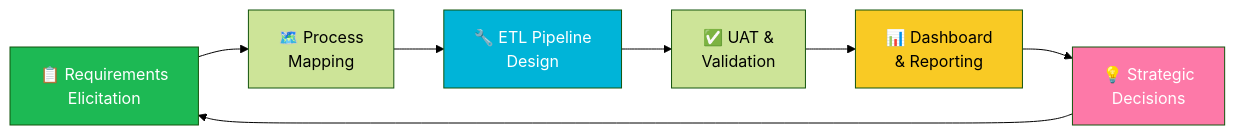
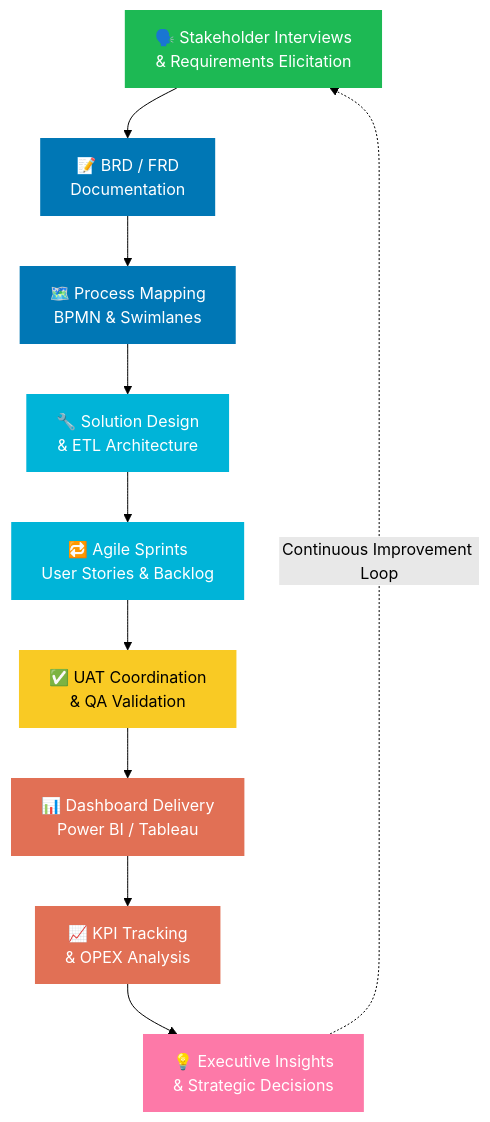
The diagram in README.md (IshtarthUmesh/IshtarthUmesh), drawn with Mermaid (forest theme) before and after one commit. The commit also changed other lines of this file, not shown here.

````diff
--- a/README.md
+++ b/README.md
@@ -126,13 +153,16 @@
 ```mermaid
-flowchart LR
-    A[📋 Requirements\nElicitation] --> B[🗺️ Process\nMapping]
-    B --> C[🔧 ETL Pipeline\nDesign]
-    C --> D[✅ UAT &\nValidation]
-    D --> E[📊 Dashboard\n& Reporting]
-    E --> F[💡 Strategic\nDecisions]
-    F --> A
-    style A fill:#1db954,color:#fff
-    style C fill:#00b4d8,color:#fff
-    style E fill:#f9ca24,color:#000
-    style F fill:#fd79a8,color:#fff
+flowchart TD
+    A["🗣️ Stakeholder Interviews\n& Requirements Elicitation"]:::green --> B["📝 BRD / FRD\nDocumentation"]:::blue
+    B --> C["🗺️ Process Mapping\nBPMN & Swimlanes"]:::blue --> D["🔧 Solution Design\n& ETL Architecture"]:::teal
+    D --> E["🔁 Agile Sprints\nUser Stories & Backlog"]:::teal --> F["✅ UAT Coordination\n& QA Validation"]:::yellow
+    F --> G["📊 Dashboard Delivery\nPower BI / Tableau"]:::orange --> H["📈 KPI Tracking\n& OPEX Analysis"]:::orange
+    H --> I["💡 Executive Insights\n& Strategic Decisions"]:::pink
+    I -.-> |Continuous Improvement Loop| A
+
+    classDef green fill:#1db954,color:#fff,stroke:none
+    classDef blue fill:#0077B5,color:#fff,stroke:none
+    classDef teal fill:#00b4d8,color:#fff,stroke:none
+    classDef yellow fill:#f9ca24,color:#000,stroke:none
+    classDef orange fill:#e17055,color:#fff,stroke:none
+    classDef pink fill:#fd79a8,color:#fff,stroke:none
 ```
````
